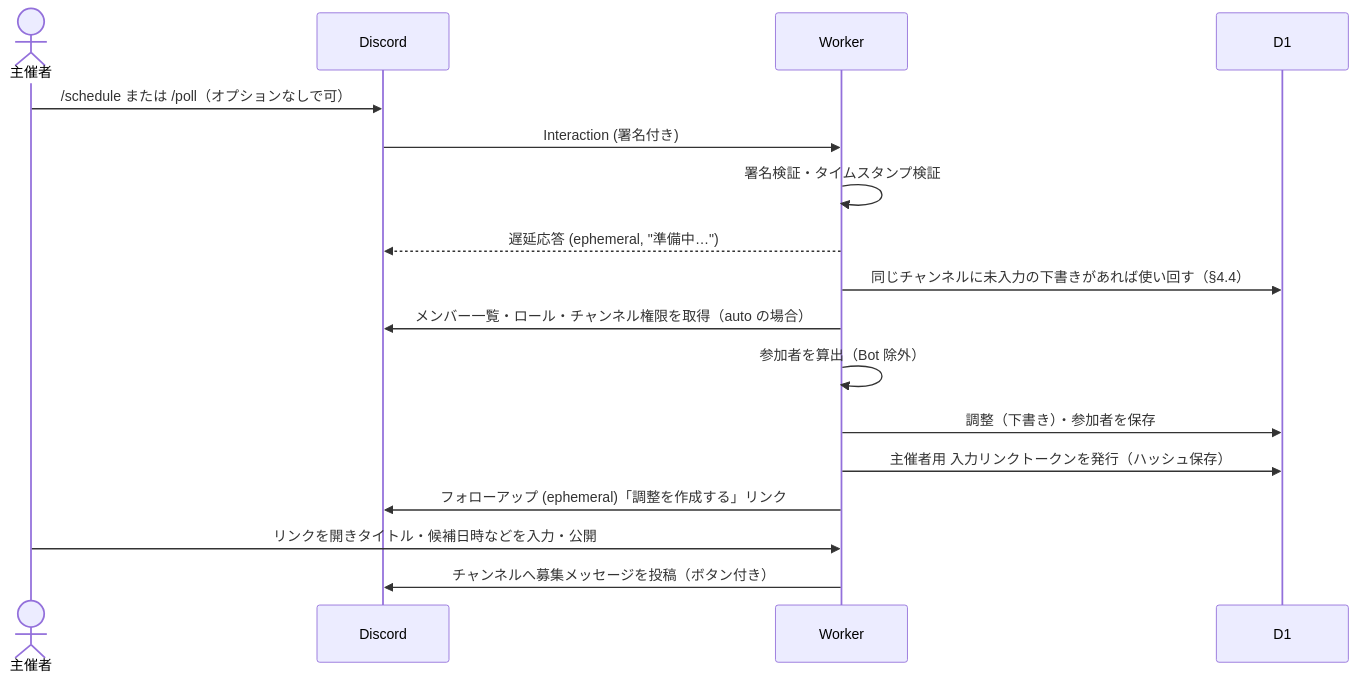
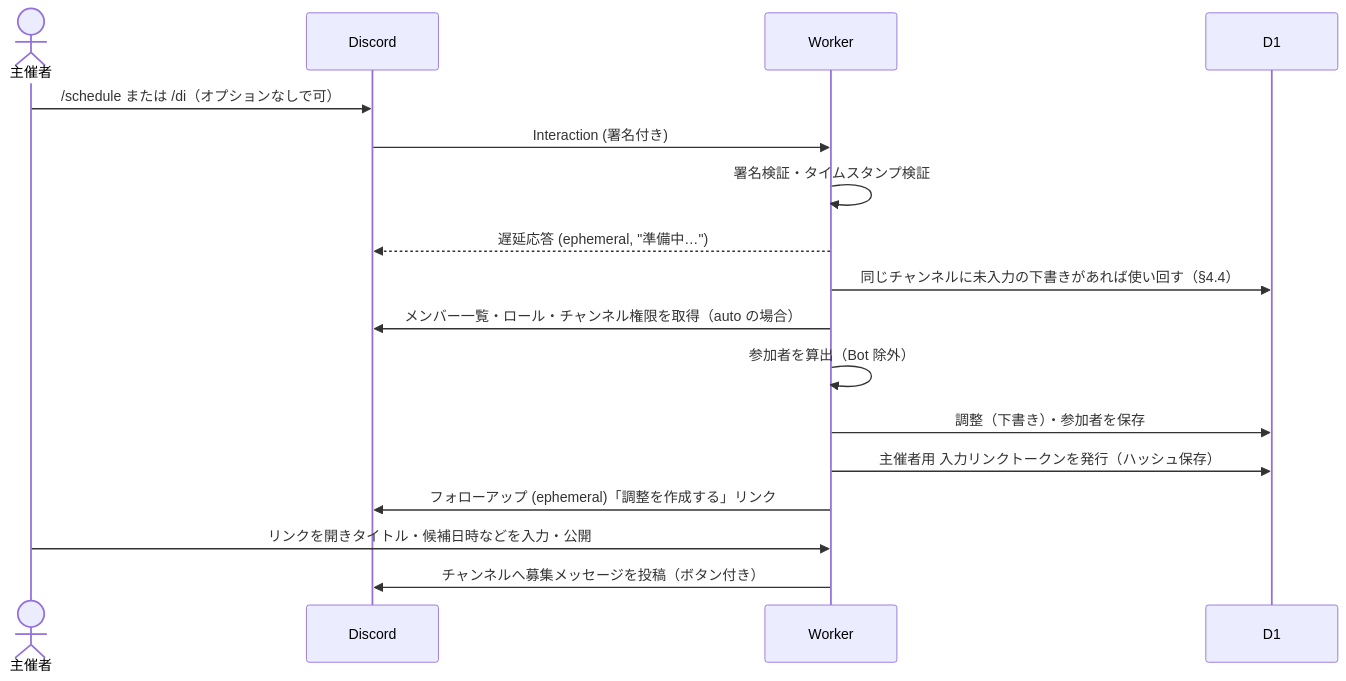
One commit to etlit-r/DIscheduler changed the second of 5 diagrams in docs/design.md. Above: the diagram before and after it, drawn with Mermaid. The commit also changed other lines of this file and 9 other files, not shown here.

````diff
--- a/docs/design.md
+++ b/docs/design.md
@@ -106,20 +106,20 @@
 ```mermaid
 sequenceDiagram
   actor O as 主催者
   participant D as Discord
   participant W as Worker
   participant DB as D1
 
-  O->>D: /schedule または /poll（オプションなしで可）
+  O->>D: /schedule または /di（オプションなしで可）
   D->>W: Interaction (署名付き)
   W->>W: 署名検証・タイムスタンプ検証
   W-->>D: 遅延応答 (ephemeral, "準備中…")
   W->>DB: 同じチャンネルに未入力の下書きがあれば使い回す（§4.4）
   W->>D: メンバー一覧・ロール・チャンネル権限を取得（auto の場合）
   W->>W: 参加者を算出（Bot 除外）
   W->>DB: 調整（下書き）・参加者を保存
   W->>DB: 主催者用 入力リンクトークンを発行（ハッシュ保存）
   W->>D: フォローアップ (ephemeral)「調整を作成する」リンク
   O->>W: リンクを開きタイトル・候補日時などを入力・公開
   W->>D: チャンネルへ募集メッセージを投稿（ボタン付き）
 ```
````
